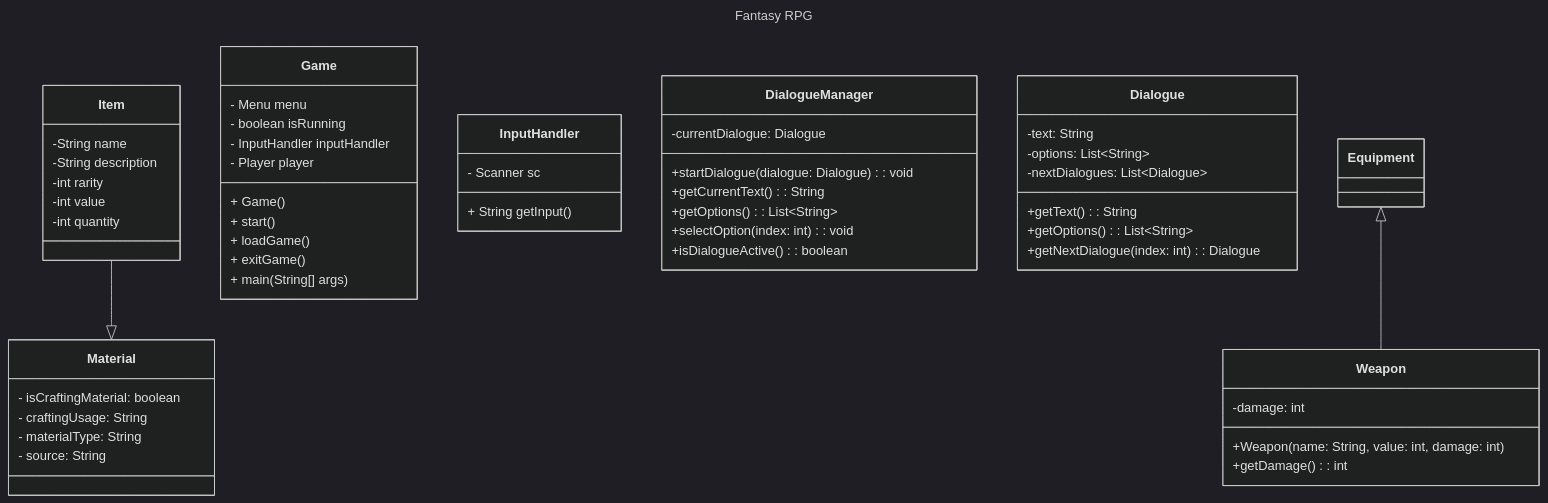
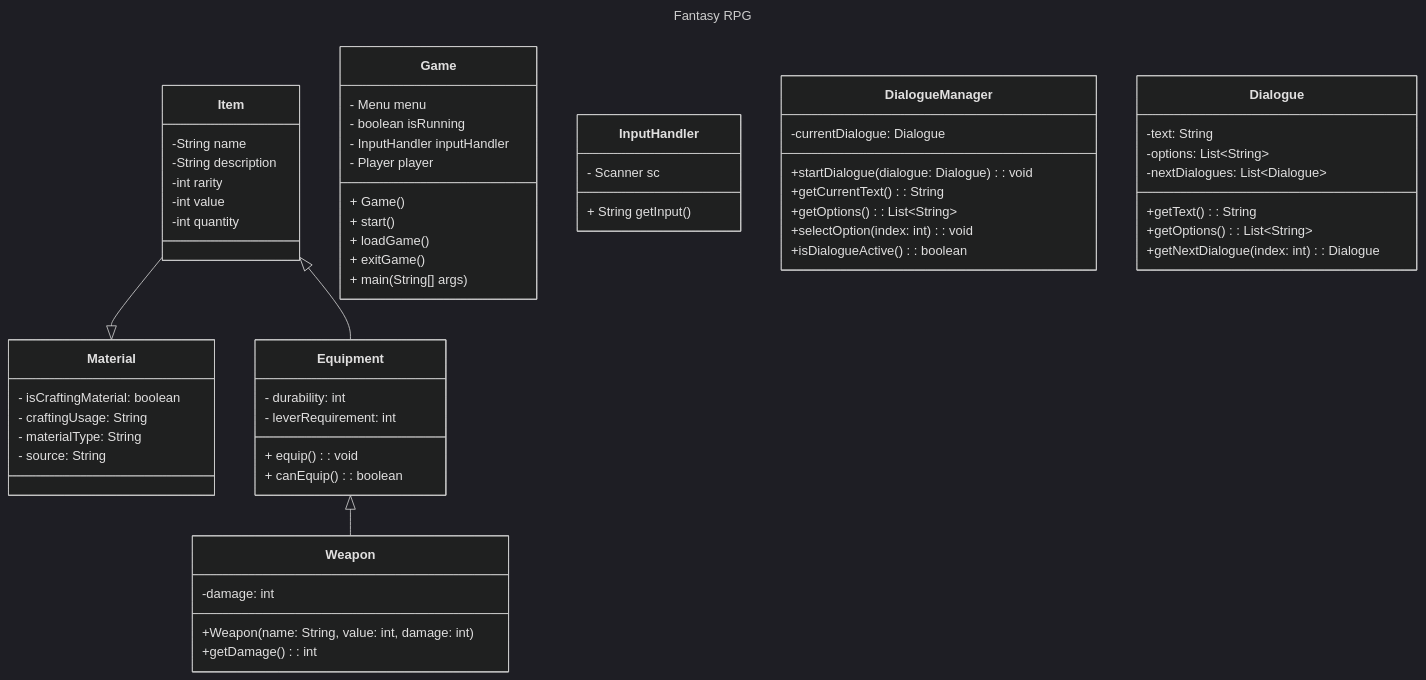
The diagram in wiki/Class-Diagram.md (pacalso-jjc/2425-2nd-cc3-1b-rpg), drawn with Mermaid (dark theme) before and after one commit.

Commit message:
Class Diagram for Equipment

````diff
--- a/wiki/Class-Diagram.md
+++ b/wiki/Class-Diagram.md
@@ -1,63 +1,72 @@
 ```mermaid
 ---
 title: Fantasy RPG
 ---
 classDiagram
     Item --|> Material
     class Material {
         - isCraftingMaterial: boolean
         - craftingUsage: String
         - materialType: String
         - source: String
     }
 
     class Item{
         -String name
         -String description
         -int rarity
         -int value
         -int quantity
     }
 
     class Game{
         - Menu menu
         - boolean isRunning
         - InputHandler inputHandler
         - Player player
         + Game()
         + start()
         + loadGame()
         + exitGame()
         + main(String[] args)
     }
 
     class InputHandler{
         - Scanner sc
         + String getInput()
     }
 
     class DialogueManager {
         -currentDialogue: Dialogue
         +startDialogue(dialogue: Dialogue): void
         +getCurrentText(): String
         +getOptions(): List~String~
         +selectOption(index: int): void
         +isDialogueActive(): boolean
     } 
 
     class Dialogue {
         -text: String
         -options: List~String~
         -nextDialogues: List~Dialogue~
         +getText(): String
         +getOptions(): List~String~
         +getNextDialogue(index: int): Dialogue
     }
 
     Equipment <|-- Weapon
     class Weapon {
         -damage: int
         +Weapon(name: String, value: int, damage: int)
         +getDamage(): int
     }
+    
+    Item <|-- Equipment
+    class Equipment{
+        - durability: int
+        - leverRequirement: int
+        + equip(): void
+        + canEquip(): boolean
+    }
+
 ```
````
